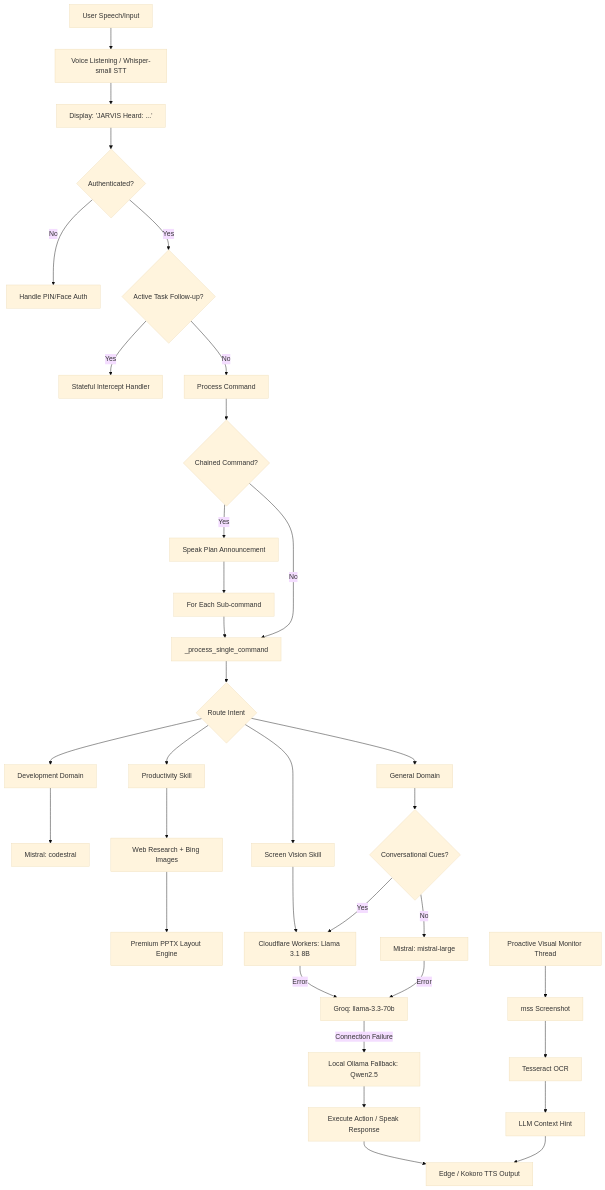
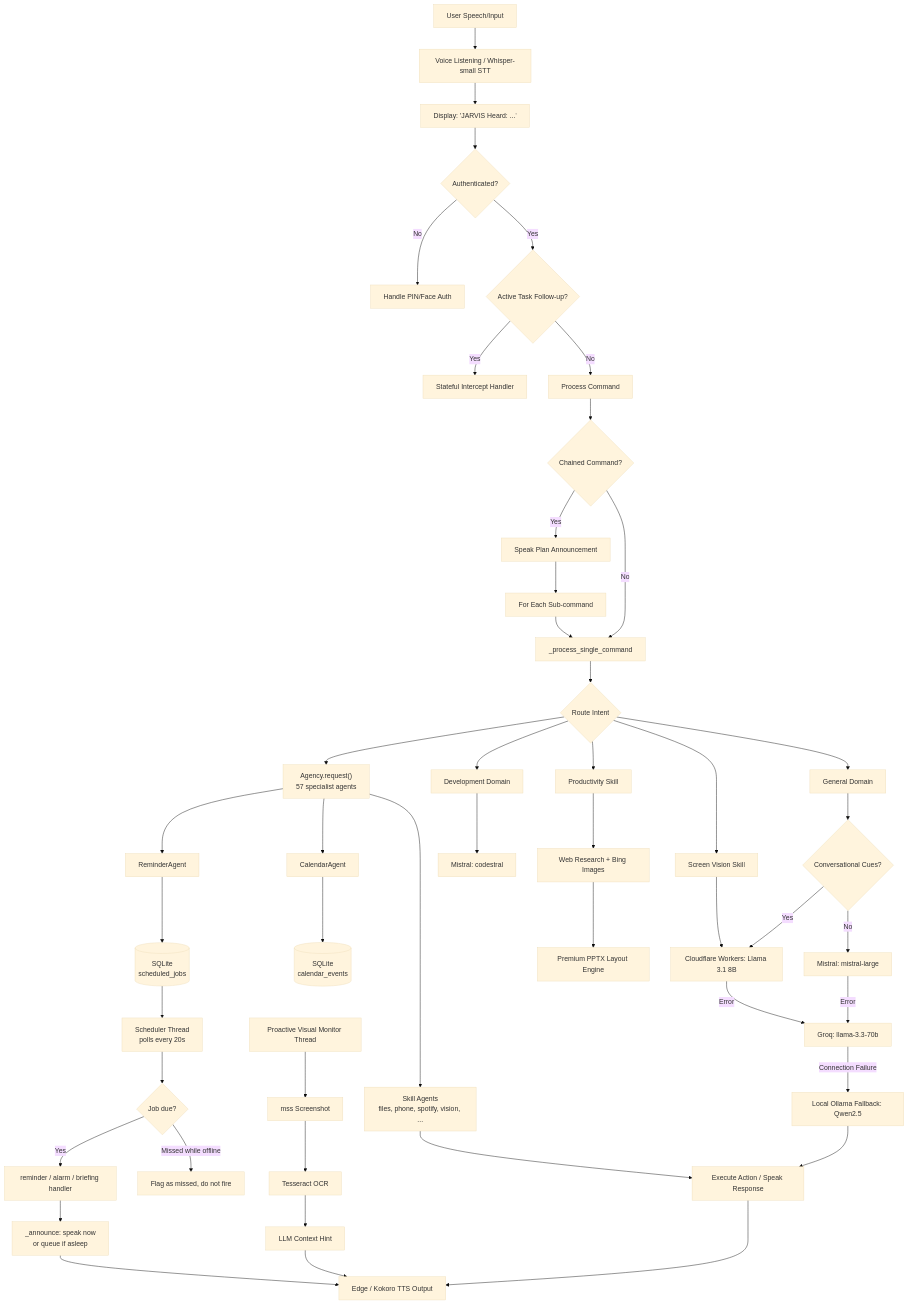
Before and after one commit to darshitp091/Jarvis: the diagram in README.md, drawn with Mermaid (base theme). The commit also changed other lines of this file, not shown here.

````diff
--- a/README.md
+++ b/README.md
@@ -190,36 +229,52 @@
 ```mermaid
 graph TD
     User[User Speech/Input] --> Listen[Voice Listening / Whisper-small STT]
     Listen --> Display["Display: 'JARVIS Heard: ...'"]
     Display --> Auth{Authenticated?}
     Auth -- No --> HandleAuth[Handle PIN/Face Auth]
     Auth -- Yes --> Confirm{Active Task Follow-up?}
     Confirm -- Yes --> Intercept[Stateful Intercept Handler]
     Confirm -- No --> Process[Process Command]
     Process --> Chained{Chained Command?}
     Chained -- Yes --> Plan[Speak Plan Announcement]
     Plan --> Loop[For Each Sub-command]
     Loop --> Single[_process_single_command]
     Chained -- No --> Single
     Single --> Route{Route Intent}
+
+    %% Agent swarm dispatch
+    Route --> Agency["Agency.request()<br/>57 specialist agents"]
+    Agency --> RemAgent[ReminderAgent] --> Sched[(SQLite<br/>scheduled_jobs)]
+    Agency --> CalAgent[CalendarAgent] --> Cal[(SQLite<br/>calendar_events)]
+    Agency --> SkillAgents[Skill Agents<br/>files, phone, spotify, vision, ...]
+    SkillAgents --> Exec[Execute Action / Speak Response]
+
     Route --> Dev[Development Domain] --> Codestral[Mistral: codestral]
     Route --> Pres[Productivity Skill] --> ResearchCrawl[Web Research + Bing Images]
     ResearchCrawl --> PptxEngine[Premium PPTX Layout Engine]
     Route --> Vis[Screen Vision Skill] --> Cloudflare[Cloudflare Workers: Llama 3.1 8B]
     Route --> Gen[General Domain] --> Conv{Conversational Cues?}
     Conv -- Yes --> Cloudflare
     Conv -- No --> MistralLarge[Mistral: mistral-large]
 
     %% Fallback Tree
     Cloudflare -- Error --> Groq[Groq: llama-3.3-70b]
     MistralLarge -- Error --> Groq
     Groq -- Connection Failure --> Ollama[Local Ollama Fallback: Qwen2.5]
-    Ollama --> Exec[Execute Action / Speak Response]
+    Ollama --> Exec
     Exec --> TTS[Edge / Kokoro TTS Output]
 
     %% Proactive Loop
     BgLoop[Proactive Visual Monitor Thread] --> Screenshot[mss Screenshot]
     Screenshot --> OCR[Tesseract OCR]
     OCR --> LLM_Hint[LLM Context Hint]
     LLM_Hint --> TTS
+
+    %% Scheduler thread fires independently of voice
+    SchedLoop[Scheduler Thread<br/>polls every 20s] --> Due{Job due?}
+    Due -- Yes --> Fire[reminder / alarm / briefing handler]
+    Due -- Missed while offline --> Flag[Flag as missed, do not fire]
+    Fire --> Announce[_announce: speak now<br/>or queue if asleep]
+    Announce --> TTS
+    Sched --> SchedLoop
 ```
````
